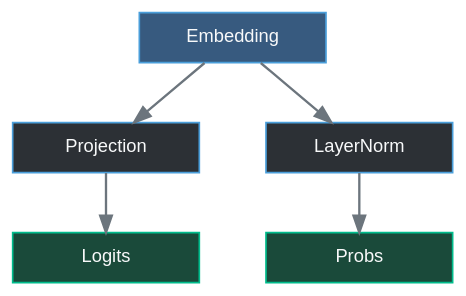
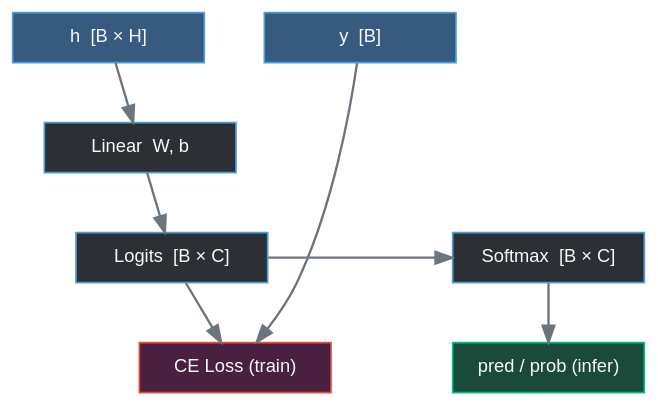
The diagram in docs/method/component_b.qmd (HongyuCao3/Pytorch-lightining-Hydra-Optuna-MLflow-Slurm-Project-Tempate-for-Scientific-Research), drawn with Graphviz before and after one commit. The commit also changed other lines of this file and 2 other files, not shown here.

First line of the commit message:
Docs: apply What/Why/How structure to method section

````diff
--- a/docs/method/component_b.qmd
+++ b/docs/method/component_b.qmd
@@ -46,35 +24,40 @@
 ```{dot}
-//| label: fig-comp-b-internals
-//| fig-cap: "Component B internal structure"
+//| label: fig-comp-b-overview
+//| fig-cap: "Component B: forward pass with train and infer output paths"
 //| fig-width: 6.5
-//| fig-height: 3.2
+//| fig-height: 3.5
 digraph G {
   bgcolor="transparent"
   rankdir=TB
-  graph [ranksep=0.5, nodesep=0.55]
+  graph [ranksep=0.5, nodesep=0.5]
   node [style=filled, fillcolor="#2c3035", color="#4a9eda",
         fontcolor="#f8f9fa", fontname="Arial", fontsize=11,
-        shape=box, width=1.55, height=0.42]
+        shape=box, width=1.6, height=0.42]
   edge [color="#6c757d", penwidth=1.4]
 
   subgraph row1 {
     rank=same
-    Emb [label="Embedding", fillcolor="#375a7f"]
+    H [label="h  [B × H]", fillcolor="#375a7f"]
+    Y [label="y  [B]",     fillcolor="#375a7f"]
   }
   subgraph row2 {
     rank=same
-    Proj  [label="Projection"]
-    Norm  [label="LayerNorm"]
+    Lin [label="Linear  W, b"]
   }
   subgraph row3 {
     rank=same
-    Logit [label="Logits", fillcolor="#1a4a3a", color="#00bc8c"]
-    Prob  [label="Probs",  fillcolor="#1a4a3a", color="#00bc8c"]
+    Logit [label="Logits  [B × C]"]
+    Sfmx  [label="Softmax  [B × C]"]
+  }
+  subgraph row4 {
+    rank=same
+    Loss [label="CE Loss (train)", fillcolor="#4a2040", color="#e74c3c"]
+    Out  [label="pred / prob (infer)", fillcolor="#1a4a3a", color="#00bc8c"]
   }
 
-  Emb -> Proj
-  Emb -> Norm
-  Proj -> Logit
-  Norm -> Prob
+  H     -> Lin
+  Lin   -> Logit
+  Logit -> Loss  Y -> Loss
+  Logit -> Sfmx  -> Out
 }
 ```
````
